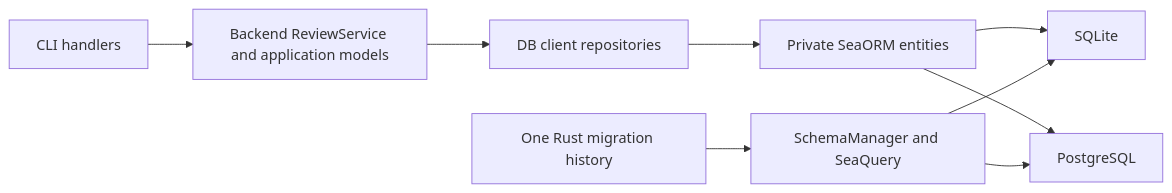
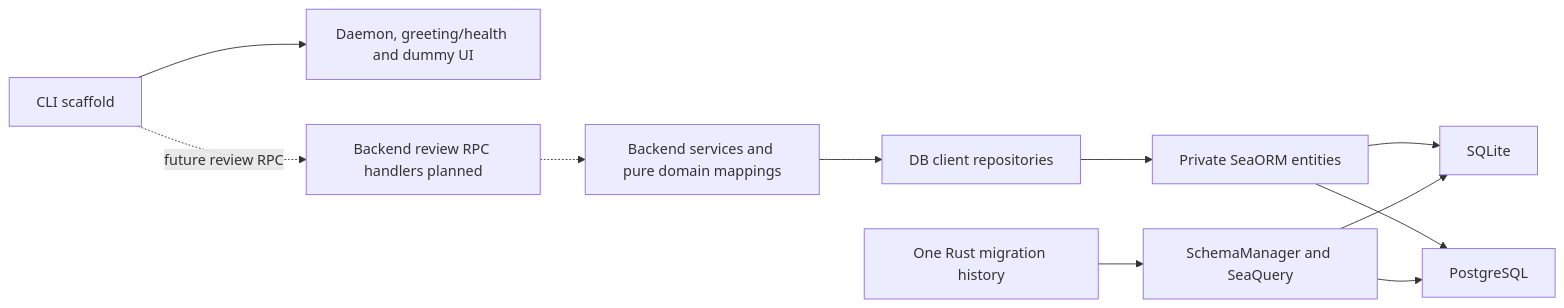
Before and after one commit to difflab-io/lgtm: the diagram in docs/architecture/db/diagrams/persistence.mmd, drawn with Mermaid. The commit also changed 75 other files, not shown here.

First line of the commit message:
refactor(review): address domain and CLI architecture feedback

```diff
--- a/docs/architecture/db/diagrams/persistence.mmd
+++ b/docs/architecture/db/diagrams/persistence.mmd
@@ -1,9 +1,11 @@
 flowchart LR
-    CLI["CLI handlers"] --> Service["Backend ReviewService and application models"]
+    CLI["CLI scaffold"] --> Runtime["Daemon, greeting/health and dummy UI"]
+    CLI -. "future review RPC" .-> RPC["Backend review RPC handlers planned"]
+    RPC -.-> Service["Backend services and pure domain mappings"]
     Service --> API["DB client repositories"]
     API --> Private["Private SeaORM entities"]
     Private --> SQLite["SQLite"]
     Private --> PostgreSQL["PostgreSQL"]
     History["One Rust migration history"] --> Builder["SchemaManager and SeaQuery"]
     Builder --> SQLite
     Builder --> PostgreSQL
```
